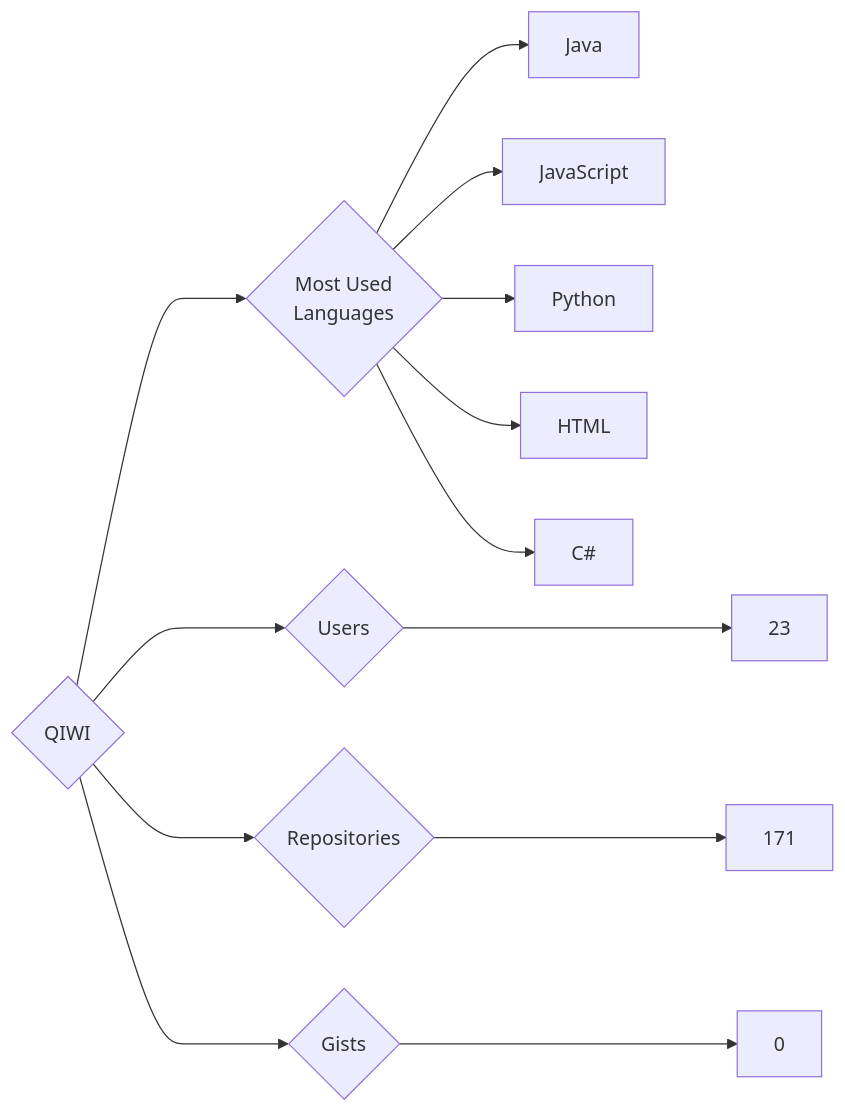
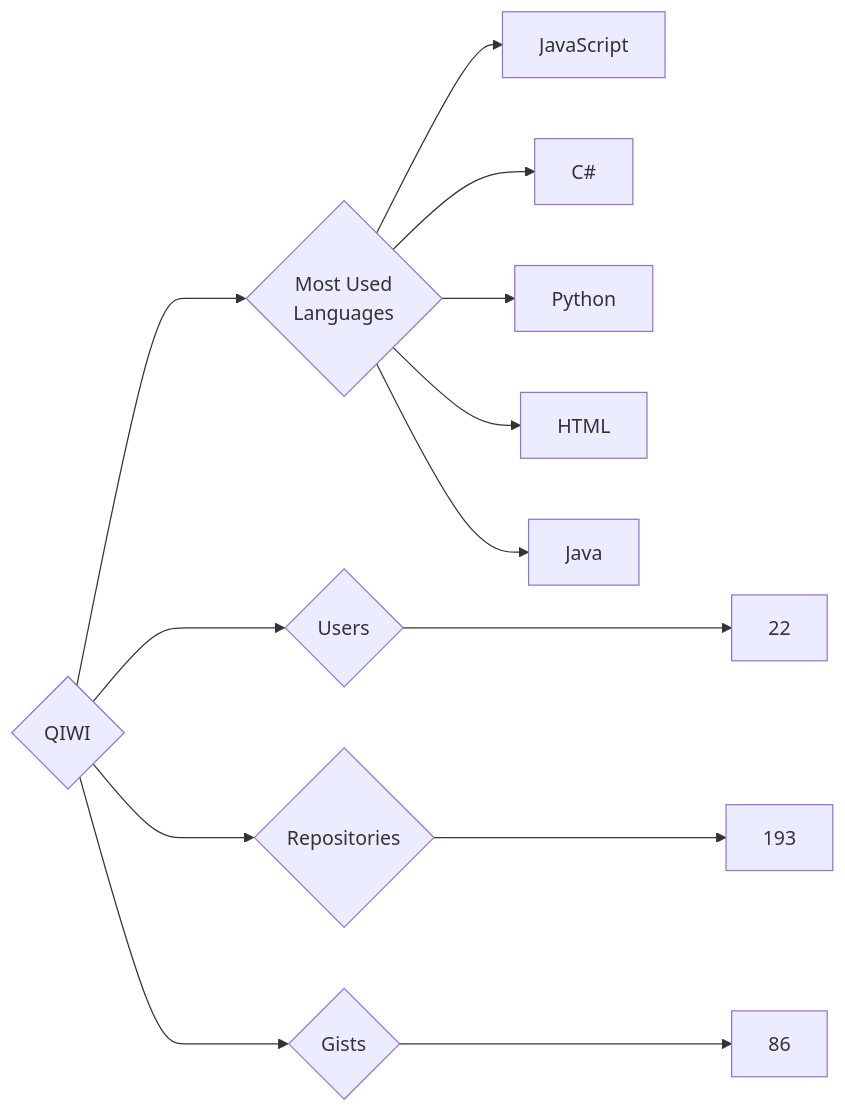
The diagram in targets/QIWI/README.md (trickest/insiders), drawn with Mermaid before and after one commit. The commit also changed 997 other files, not shown here.

````diff
--- a/targets/QIWI/README.md
+++ b/targets/QIWI/README.md
@@ -3,13 +3,13 @@
 ```mermaid
 graph LR
 COMPANY_NAME{QIWI}
-COMPANY_NAME ---> U{Users} ---> UN[23]
-COMPANY_NAME ---> R{Repositories} ---> RN[171]
-COMPANY_NAME ---> G{Gists} ---> GN[0]
+COMPANY_NAME ---> U{Users} ---> UN[22]
+COMPANY_NAME ---> R{Repositories} ---> RN[193]
+COMPANY_NAME ---> G{Gists} ---> GN[86]
 COMPANY_NAME ---> ML{Most Used<br>Languages}
-ML --> Java
-ML --> JavaScript
-ML --> Python
-ML --> HTML
-ML --> C#
+ML --> JavaScript[JavaScript]
+ML --> C#[C#]
+ML --> Python[Python]
+ML --> HTML[HTML]
+ML --> Java[Java]
 ```
````
